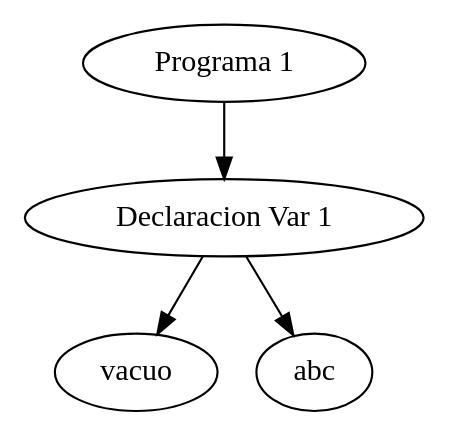
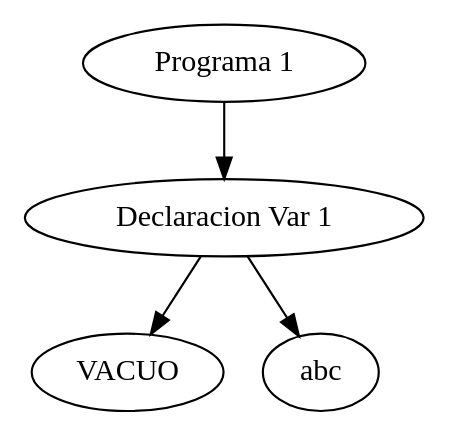
Before and after one commit to lancal/TallerCompiladores2018: the diagram in tree.dot, drawn with Graphviz. The commit also changed 8 other files, not shown here.

```diff
--- a/tree.dot
+++ b/tree.dot
@@ -1,7 +1,7 @@
 digraph G {
 	"Programa 1" -> "Declaracion Var 1"
-	1 [label="vacuo"]
+	1 [label="VACUO"]
 	"Declaracion Var 1" -> 1
 	2 [label="abc"]
 	"Declaracion Var 1" -> 2
 }
```
